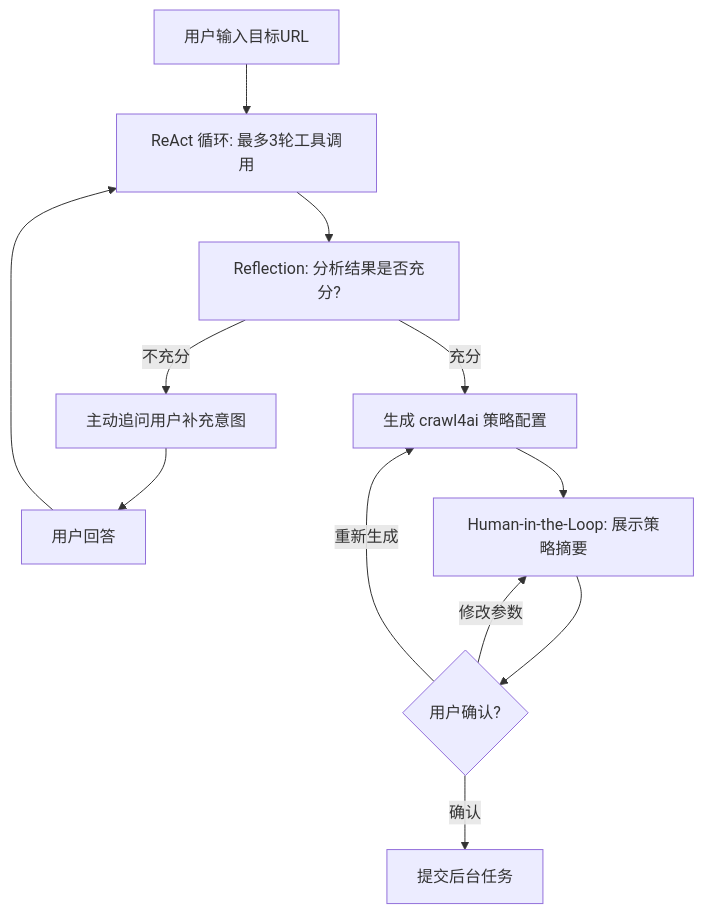
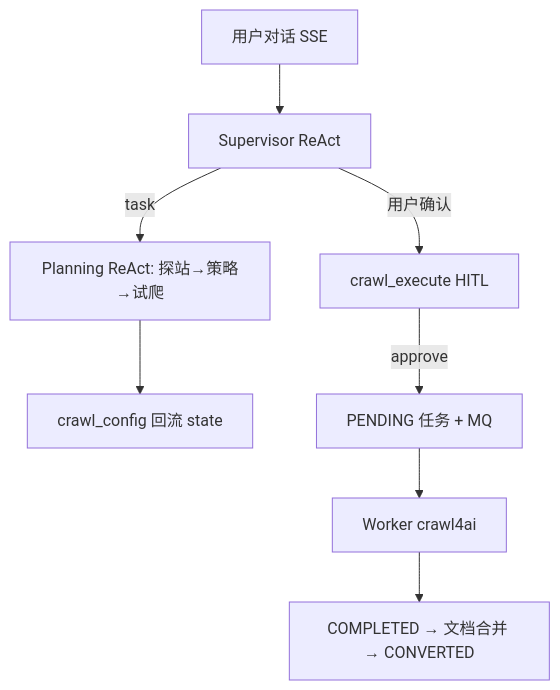
The diagram in docs/rag/网页爬取Agent/02-技术选型.md (jiangwch03/knowledge), drawn with Mermaid before and after one commit. The commit also changed other lines of this file and 8 other files, not shown here.

````diff
--- a/docs/rag/网页爬取Agent/02-技术选型.md
+++ b/docs/rag/网页爬取Agent/02-技术选型.md
@@ -54,14 +51,10 @@
 ```mermaid
 graph TB
-    A[用户输入目标URL] --> B[ReAct 循环: 最多3轮工具调用]
-    B --> C[Reflection: 分析结果是否充分?]
-    C -->|不充分| D[主动追问用户补充意图]
-    D --> E[用户回答]
-    E --> B
-    C -->|充分| F[生成 crawl4ai 策略配置]
-    F --> G[Human-in-the-Loop: 展示策略摘要]
-    G --> H{用户确认?}
-    H -->|修改参数| G
-    H -->|重新生成| F
-    H -->|确认| I[提交后台任务]
+    A[用户对话 SSE] --> B[Supervisor ReAct]
+    B -->|task| C[Planning ReAct: 探站→策略→试爬]
+    C --> D[crawl_config 回流 state]
+    B -->|用户确认| E[crawl_execute HITL]
+    E -->|approve| F[PENDING 任务 + MQ]
+    F --> G[Worker crawl4ai]
+    G --> H[COMPLETED → 文档合并 → CONVERTED]
 ```
````
